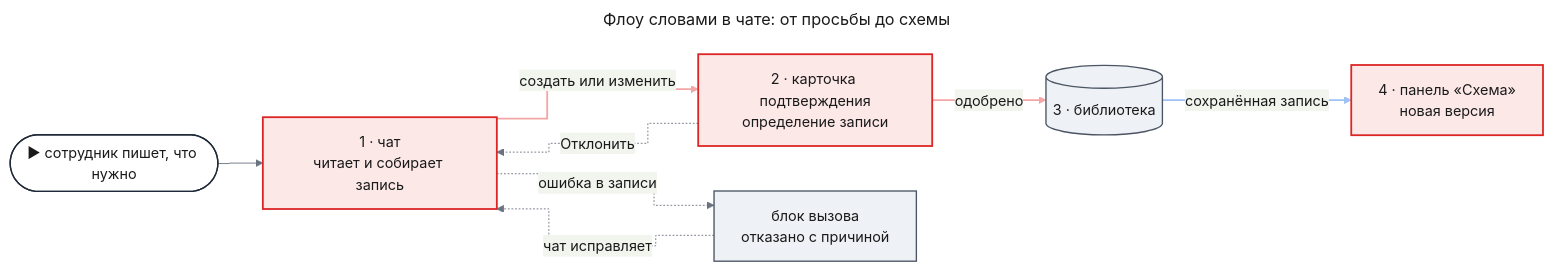
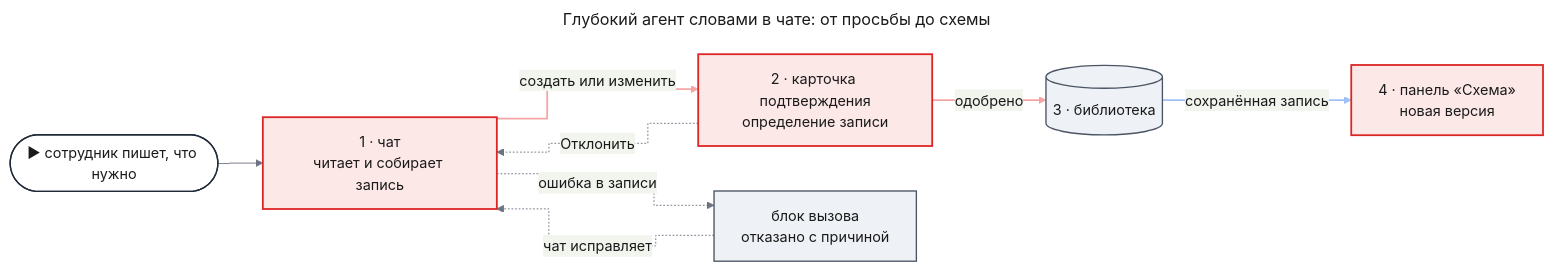
One commit to tundraray/agent-os changed the first of 2 diagrams in docs/features/deep-agents/uxrd.md. Above: the diagram before and after it, drawn with Mermaid. The commit also changed other lines of this file and 4 other files, not shown here.

````diff
--- a/docs/features/deep-agents/uxrd.md
+++ b/docs/features/deep-agents/uxrd.md
@@ -72,45 +77,45 @@
 ```mermaid
 ---
-title: "Флоу словами в чате: от просьбы до схемы"
+title: "Глубокий агент словами в чате: от просьбы до схемы"
 config:
   theme: base
   look: classic
   themeVariables:
     primaryColor: "#eef1f5"
     primaryBorderColor: "#4b5563"
     primaryTextColor: "#1a1a1a"
     lineColor: "#6b7280"
   flowchart:
     curve: step
   themeCSS: |
     @keyframes lit_dax3{0%,30%{stroke:#991b1b;stroke-width:6px}33.3%,100%{stroke:#f4a5a5;stroke-width:2px}}
     @keyframes litr_dax3{0%,30%{stroke:#1d4ed8;stroke-width:6px}33.3%,100%{stroke:#9ec1f7;stroke-width:2px}}
 ---
 flowchart LR
     entry(["▶ сотрудник пишет, что нужно"])
     chat["1 · чат<br/>читает и собирает запись"]
     card["2 · карточка подтверждения<br/>определение записи"]
     lib[("3 · библиотека")]
     panel["4 · панель «Схема»<br/>новая версия"]
     refuse["блок вызова<br/>отказано с причиной"]
     entry --> chat
     chat e1@-->|"создать или изменить"| card
     card e2@-->|"одобрено"| lib
     lib e3@-->|"сохранённая запись"| panel
     chat -.->|"ошибка в записи"| refuse
     refuse -.->|"чат исправляет"| chat
     card -.->|"Отклонить"| chat
     classDef entry fill:#ffffff,stroke:#1f2937,stroke-width:1.5px,color:#1a1a1a
     classDef changed fill:#fde8e8,stroke:#dc2626,stroke-width:2px,color:#1a1a1a
     classDef new fill:#e6f4ea,stroke:#16a34a,stroke-width:2px,color:#1a1a1a
     classDef unchanged fill:#eef1f5,stroke:#4b5563,stroke-width:1.5px,color:#1a1a1a
     classDef w1 stroke:#f4a5a5,stroke-width:2px,animation:lit_dax3 3.6s linear 0s infinite
     classDef w2 stroke:#f4a5a5,stroke-width:2px,animation:lit_dax3 3.6s linear 1.2s infinite
     classDef r3 stroke:#9ec1f7,stroke-width:2px,animation:litr_dax3 3.6s linear 2.4s infinite
     class entry entry
     class chat,card,panel changed
     class lib,refuse unchanged
     class e1 w1
     class e2 w2
     class e3 r3
 ```
````
